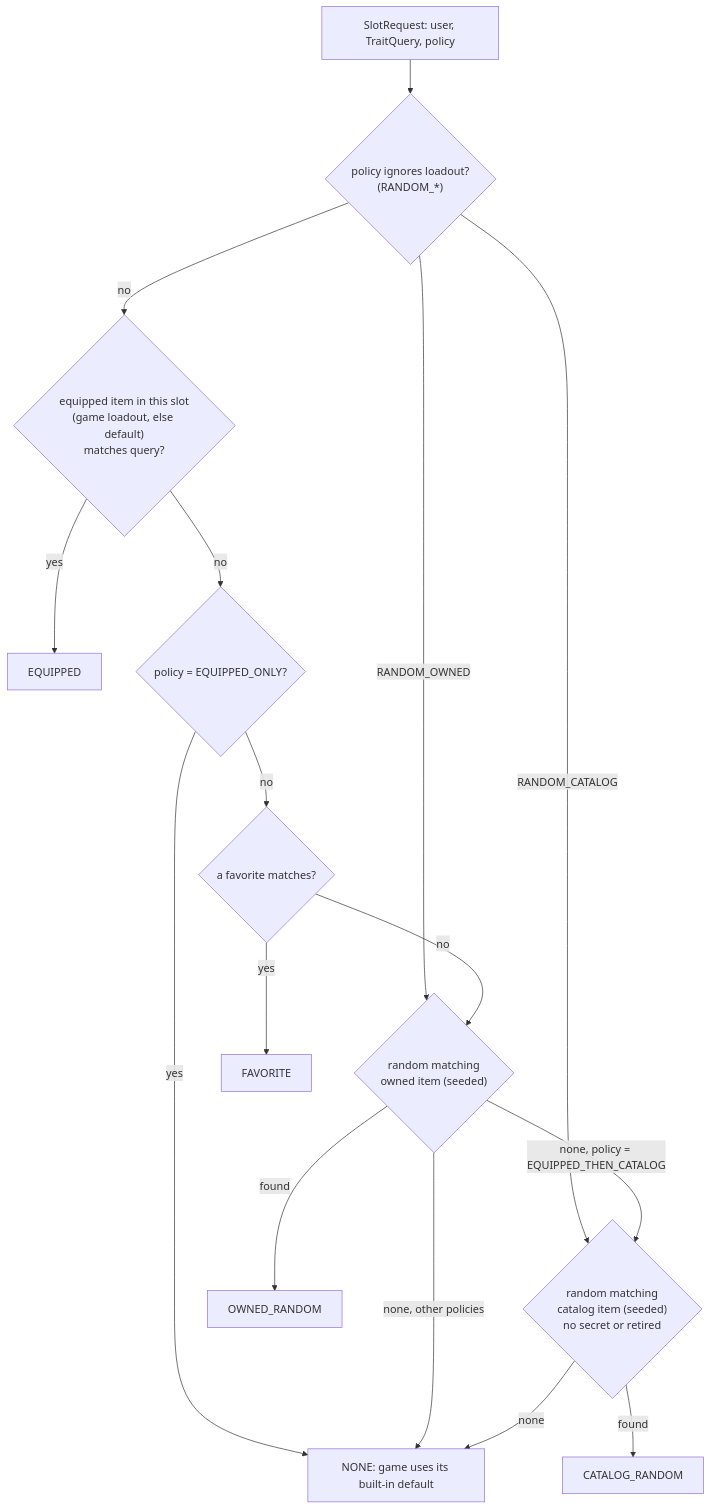
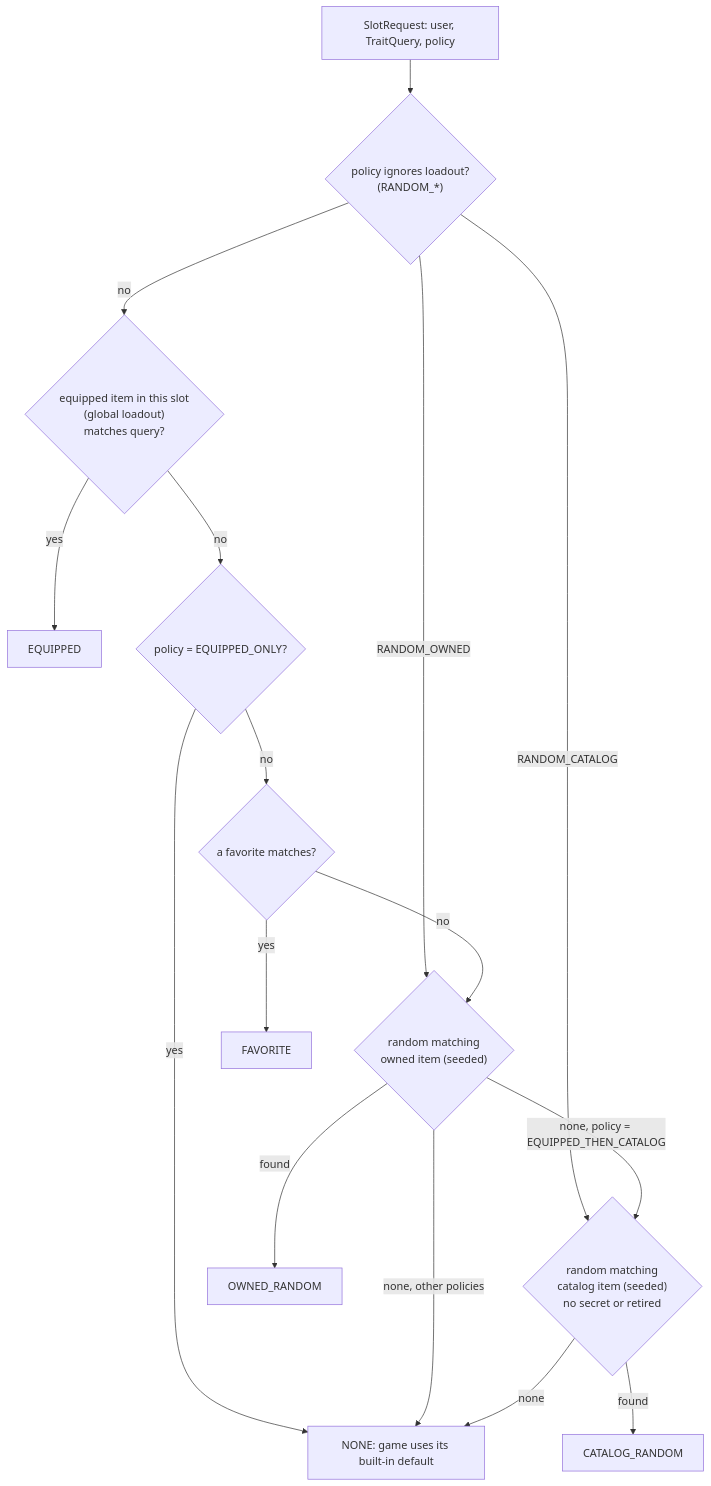
Before and after one commit to QMasterMoo/lawn-gnome-panic: the fifth of 10 diagrams in docs/design/gnome-platform.md, drawn with Mermaid. The commit also changed other lines of this file and 2 other files, not shown here.

First line of the commit message:
Platform proposal: user page, global loadouts, decisions

````diff
--- a/docs/design/gnome-platform.md
+++ b/docs/design/gnome-platform.md
@@ -295,18 +302,18 @@
 ```mermaid
 flowchart TD
   A["SlotRequest: user, TraitQuery, policy"] --> B{"policy ignores loadout?<br/>(RANDOM_*)"}
   B -- "RANDOM_OWNED" --> R1
   B -- "RANDOM_CATALOG" --> R2
-  B -- no --> C{"equipped item in this slot<br/>(game loadout, else default)<br/>matches query?"}
+  B -- no --> C{"equipped item in this slot<br/>(global loadout)<br/>matches query?"}
   C -- yes --> E["EQUIPPED"]
   C -- no --> D{"policy = EQUIPPED_ONLY?"}
   D -- yes --> N["NONE: game uses its built-in default"]
   D -- no --> F{"a favorite matches?"}
   F -- yes --> FV["FAVORITE"]
   F -- no --> R1{"random matching<br/>owned item (seeded)"}
   R1 -- found --> O["OWNED_RANDOM"]
   R1 -- "none, policy = EQUIPPED_THEN_CATALOG" --> R2{"random matching<br/>catalog item (seeded)<br/>no secret or retired"}
   R1 -- "none, other policies" --> N
   R2 -- found --> CR["CATALOG_RANDOM"]
   R2 -- none --> N
 ```
````
